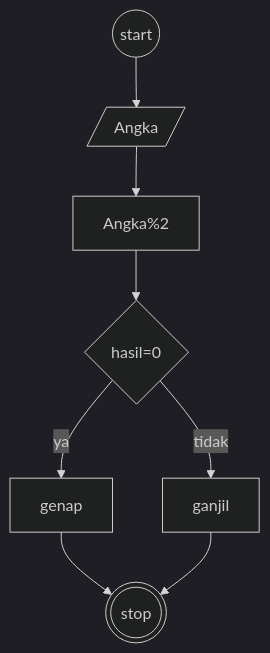
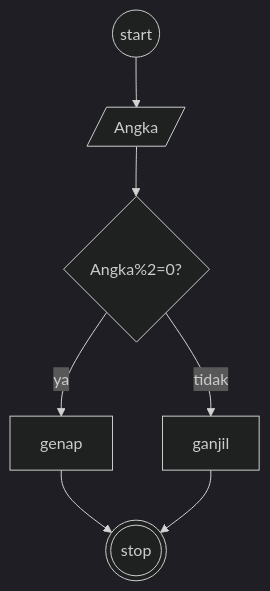
One commit to hilmy07/koda-b4-algoritma changed the diagram in minitask4.md. Above: the diagram before and after it, drawn with Mermaid (dark theme).

````diff
--- a/minitask4.md
+++ b/minitask4.md
@@ -3,12 +3,11 @@
 ```mermaid
 flowchart TD;
 
 strt((start))-->a[/Angka/];
-a[/Angka/]-->Angka%2;
-Angka%2-->dcs{hasil=0};
-dcs{hasil=0}--ya-->genap;
-dcs{hasil=0}--tidak-->ganjil;
+a[/Angka/]-->dcs{hasil=0};
+dcs{Angka%2=0?}--ya-->genap;
+dcs{Angka%2=0?}--tidak-->ganjil;
 genap-->stp(((stop)));
 ganjil-->stp(((stop)));
 
 ```
````
